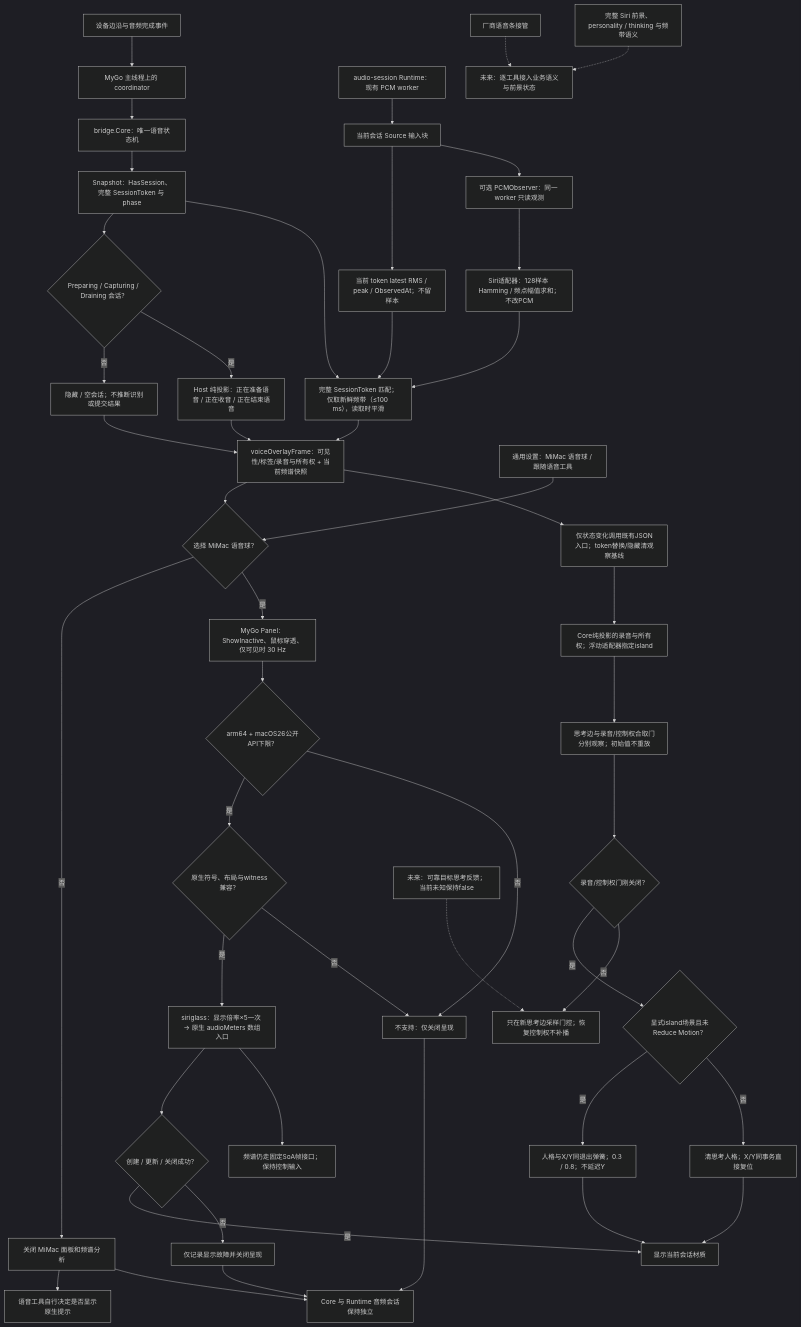
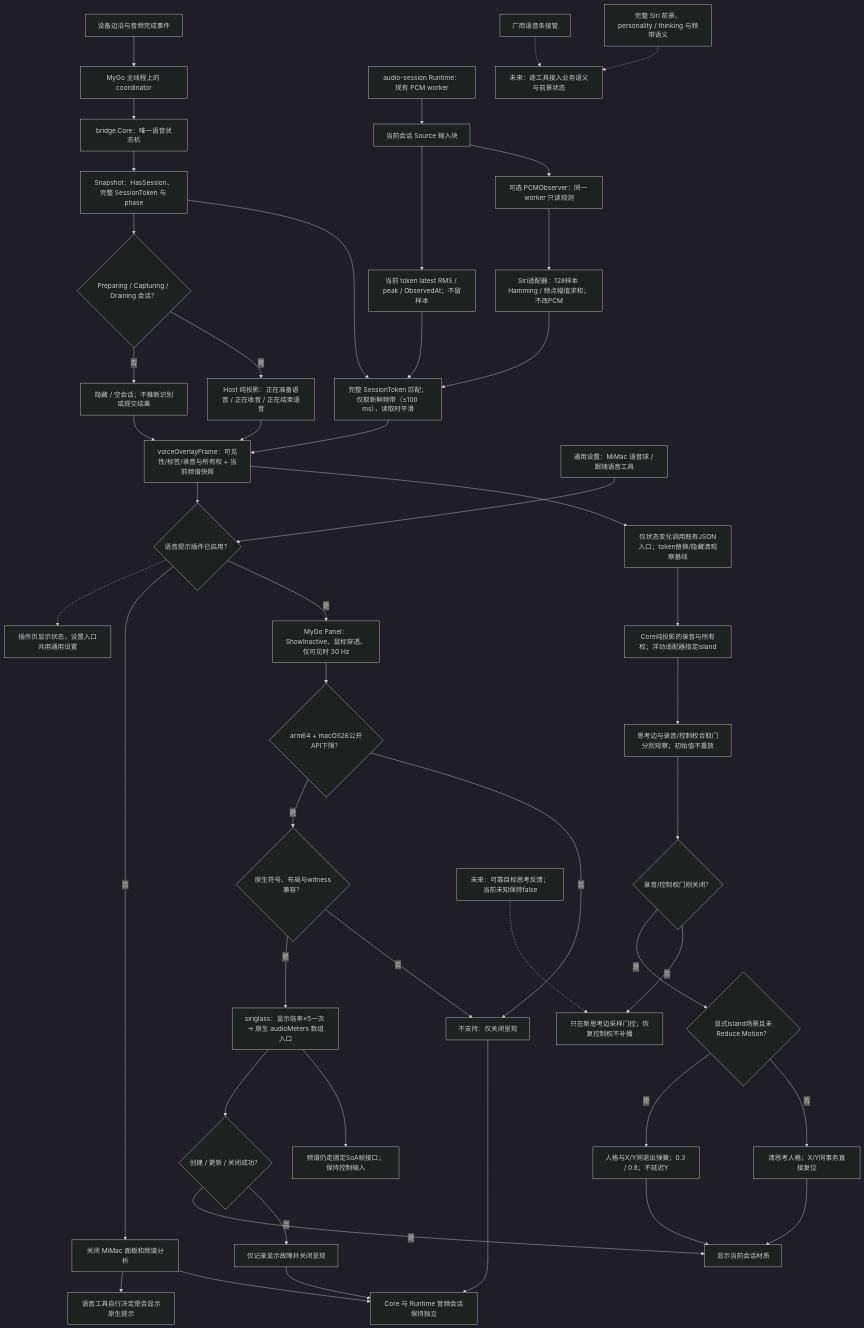
The diagram in tools/workbench/diagrams/voice-presentation-boundary.mmd (daftAI2026/MiMac), drawn with Mermaid (dark theme) before and after one commit. The commit also changed 16 other files, not shown here.

```diff
--- a/tools/workbench/diagrams/voice-presentation-boundary.mmd
+++ b/tools/workbench/diagrams/voice-presentation-boundary.mmd
@@ -1,51 +1,52 @@
 flowchart TD
     input["设备边沿与音频完成事件"] --> owner["MyGo 主线程上的 coordinator"]
     owner --> core["bridge.Core：唯一语音状态机"]
     core --> snapshot["Snapshot：HasSession、完整 SessionToken 与 phase"]
     snapshot --> active{"Preparing / Capturing / Draining 会话？"}
     active -->|否| idle["隐藏 / 空会话；不推断识别或提交结果"]
     active -->|是| phase["Host 纯投影：正在准备语音 / 正在收音 / 正在结束语音"]
 
     runtime["audio-session Runtime：现有 PCM worker"] --> source["当前会话 Source 输入块"]
     source --> meter["当前 token latest RMS / peak / ObservedAt；不留样本"]
     source --> observer["可选 PCMObserver：同一 worker 只读观测"]
     observer --> spectrum["Siri适配器：128样本 Hamming / 频点幅值求和；不改PCM"]
     snapshot --> match["完整 SessionToken 匹配；仅取新鲜频带（≤100 ms），读取时平滑"]
     meter --> match
     spectrum --> match
     phase --> frame["voiceOverlayFrame：可见性/标签/录音与所有权 + 当前频谱快照"]
     match --> frame
     idle --> frame
 
-    preference["通用设置：MiMac 语音球 / 跟随语音工具"] --> enabled{"选择 MiMac 语音球？"}
+    preference["通用设置：MiMac 语音球 / 跟随语音工具"] --> enabled{"语音提示插件已启用？"}
+    enabled -.-> status["插件页显示状态，设置入口共用通用设置"]
     frame --> enabled
     enabled -->|否| hidden["关闭 MiMac 面板和频谱分析"]
     hidden --> toolDisplay["语音工具自行决定是否显示原生提示"]
     enabled -->|是| panel["MyGo Panel：ShowInactive、鼠标穿透、仅可见时 30 Hz"]
     panel --> gate{"arm64 + macOS26公开API下限？"}
     gate -->|是| capability{"原生符号、布局与witness兼容？"}
     capability -->|是| renderer["siriglass：显示倍率×5一次 → 原生 audioMeters 数组入口"]
     capability -->|否| unsupported
     gate -->|否| unsupported["不支持：仅关闭呈现"]
     renderer --> operation{"创建 / 更新 / 关闭成功？"}
     operation -->|是| material["显示当前会话材质"]
     operation -->|否| failure["仅记录显示故障并关闭呈现"]
     hidden --> audio["Core 与 Runtime 音频会话保持独立"]
     unsupported --> audio
     failure --> audio
 
     vendor["厂商语音条接管"] -.-> future["未来：逐工具接入业务语义与前景状态"]
     siri["完整 Siri 前景、personality / thinking 与频带语义"] -.-> future
 
     explicit["Core纯投影的录音与所有权；浮动适配器指定island"] --> nativeEdges["思考边与录音/控制权合取门分别观察；初始值不重放"]
     frame --> controls["仅状态变化调用既有JSON入口；token替换/隐藏清观察基线"]
     controls --> explicit
     renderer --> arrays["频谱仍走固定SoA帧接口；保持控制输入"]
     nativeEdges --> exitGate{"录音/控制权门刚关闭？"}
     exitGate -->|是| exitScene{"显式island场景且未Reduce Motion？"}
     exitScene -->|是| resetAnimated["人格与X/Y同退出弹簧；0.3 / 0.8；不延迟Y"]
     exitScene -->|否| reset["清思考人格；X/Y同事务直接复位"]
     exitGate -->|否| thinkEdge["只在新思考边采样门控；恢复控制权不补播"]
     reset --> material
     resetAnimated --> material
     target["未来：可靠目标思考反馈；当前未知保持false"] -.-> thinkEdge
```
